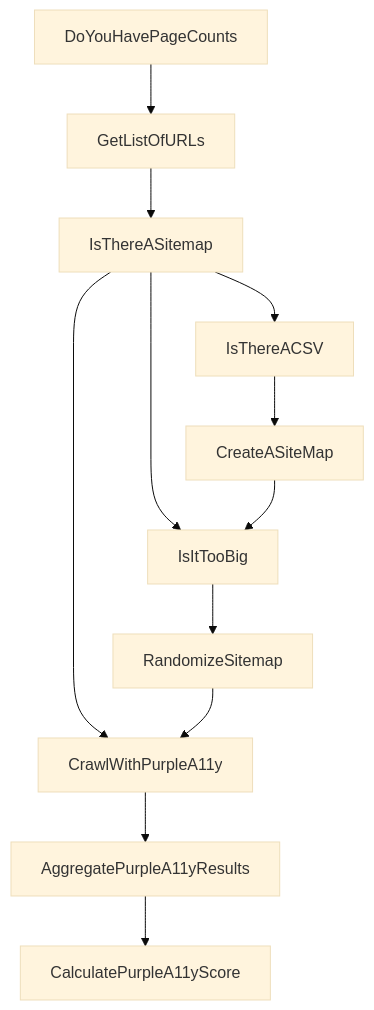
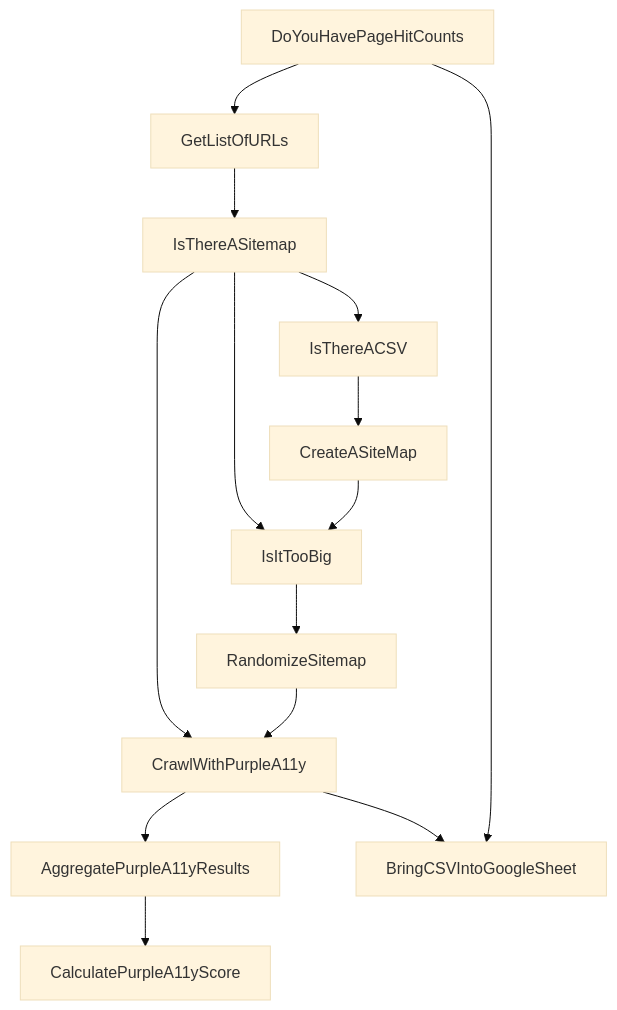
One commit to mgifford/purple-a11y changed the diagram in sitemap-tools/decision-tree.md. Above: the diagram before and after it, drawn with Mermaid (base theme).

````diff
--- a/sitemap-tools/decision-tree.md
+++ b/sitemap-tools/decision-tree.md
@@ -3,15 +3,16 @@
 ```mermaid
 graph TD;
+    DoYouHavePageHitCounts-->GetListOfURLs;
     IsThereASitemap-->IsThereACSV;
-    DoYouHavePageCounts-->GetListOfURLs;
     GetListOfURLs-->IsThereASitemap;
     IsThereACSV-->CreateASiteMap;
     IsThereASitemap-->CrawlWithPurpleA11y;
     IsThereASitemap-->IsItTooBig;
     CreateASiteMap-->IsItTooBig;
     IsItTooBig-->RandomizeSitemap;
     RandomizeSitemap-->CrawlWithPurpleA11y;
     CrawlWithPurpleA11y-->AggregatePurpleA11yResults;
-    AggregatePurpleA11yResults-->CalculatePurpleA11yScore
-
+    AggregatePurpleA11yResults-->CalculatePurpleA11yScore;
+    CrawlWithPurpleA11y-->BringCSVIntoGoogleSheet;
+    DoYouHavePageHitCounts-->BringCSVIntoGoogleSheet;
 ```
````
